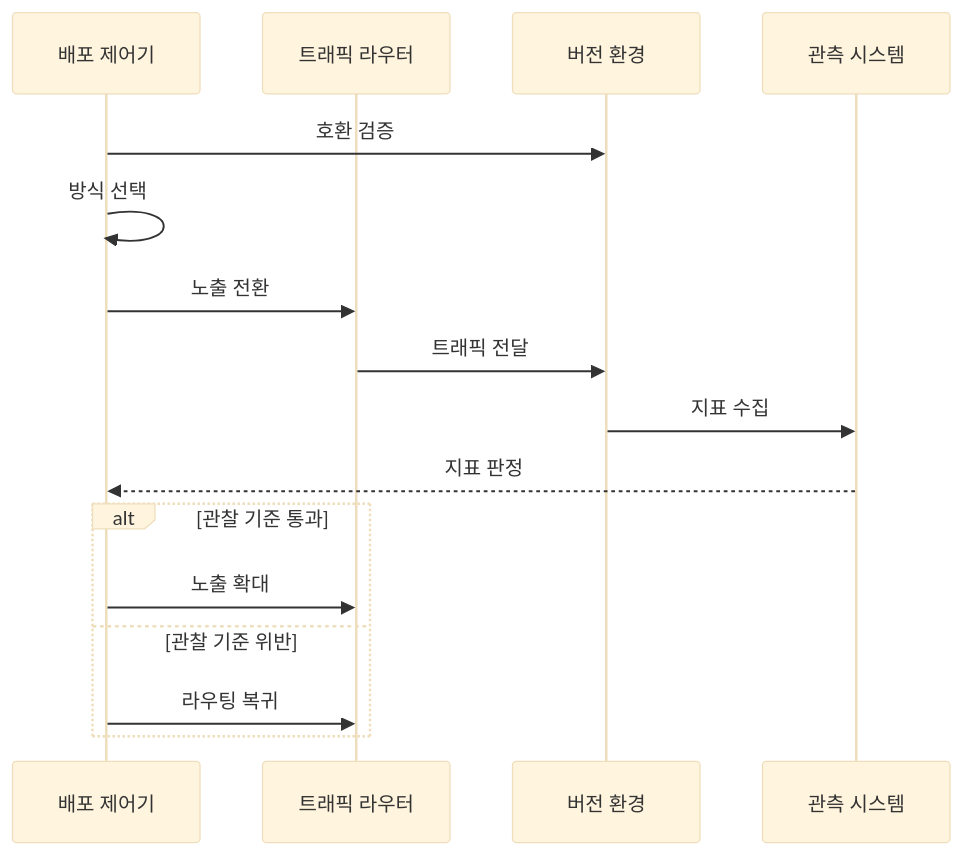
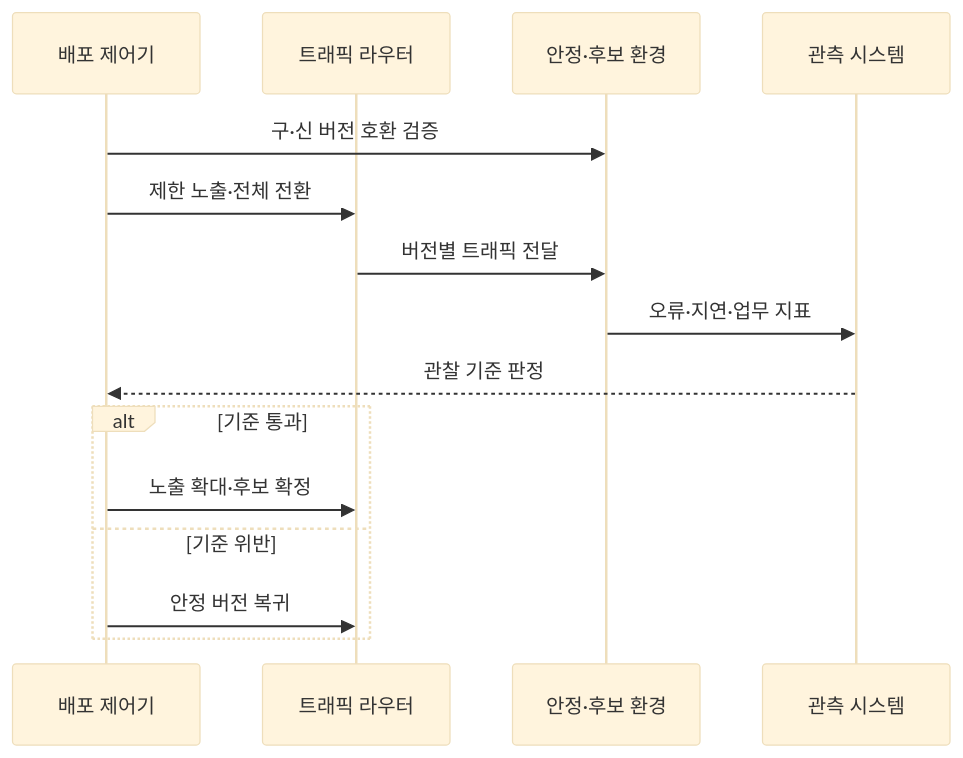
One commit to agnusdei1207/knowledge-base changed the second of 2 diagrams in src/content/docs/notes/03-software/063_canary_blue_green_deployment.md. Above: the diagram before and after it, drawn with Mermaid (base theme). The commit also changed other lines of this file and 7 other files, not shown here.

````diff
--- a/src/content/docs/notes/03-software/063_canary_blue_green_deployment.md
+++ b/src/content/docs/notes/03-software/063_canary_blue_green_deployment.md
@@ -91,18 +85,17 @@
 ```mermaid
 sequenceDiagram
     participant D as 배포 제어기
     participant R as 트래픽 라우터
-    participant V as 버전 환경
+    participant V as 안정·후보 환경
     participant O as 관측 시스템
-    D->>V: 호환 검증
-    D->>D: 방식 선택
-    D->>R: 노출 전환
-    R->>V: 트래픽 전달
-    V->>O: 지표 수집
-    O-->>D: 지표 판정
-    alt 관찰 기준 통과
-        D->>R: 노출 확대
-    else 관찰 기준 위반
-        D->>R: 라우팅 복귀
+    D->>V: 구·신 버전 호환 검증
+    D->>R: 제한 노출·전체 전환
+    R->>V: 버전별 트래픽 전달
+    V->>O: 오류·지연·업무 지표
+    O-->>D: 관찰 기준 판정
+    alt 기준 통과
+        D->>R: 노출 확대·후보 확정
+    else 기준 위반
+        D->>R: 안정 버전 복귀
     end
 ```
````
